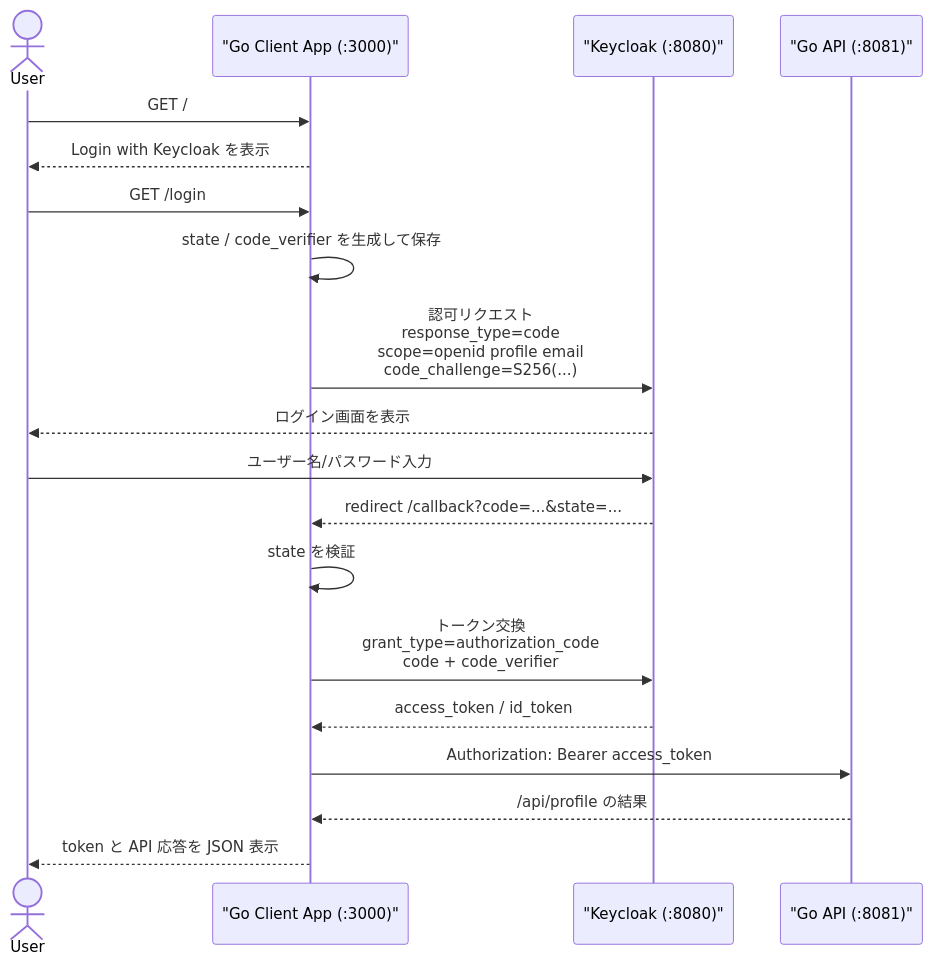
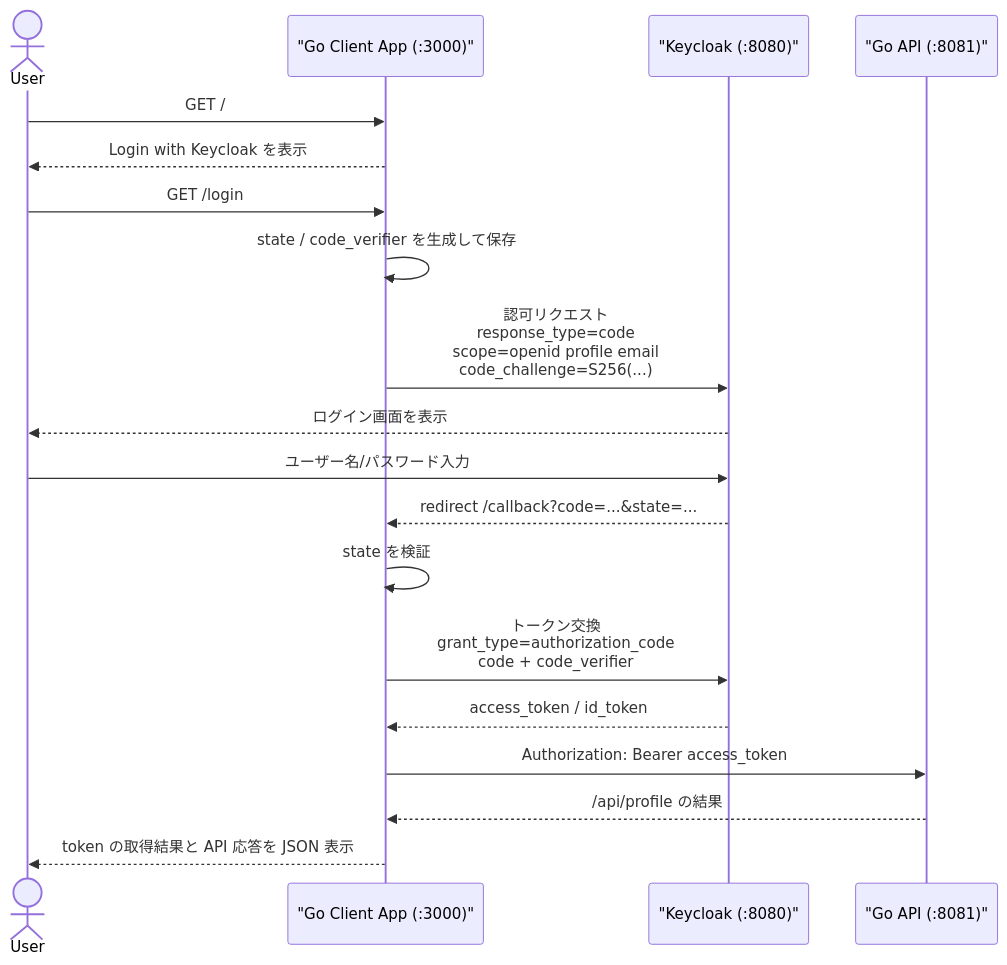
Before and after one commit to sokoide/workshop: the fourth of 4 diagrams in infra/oauth2_ja.md, drawn with Mermaid. The commit also changed other lines of this file and 29 other files, not shown here.

````diff
--- a/infra/oauth2_ja.md
+++ b/infra/oauth2_ja.md
@@ -371,22 +371,22 @@
 ```mermaid
 sequenceDiagram
     actor U as User
     participant C as "Go Client App (:3000)"
     participant K as "Keycloak (:8080)"
     participant A as "Go API (:8081)"
 
     U->>C: GET /
     C-->>U: Login with Keycloak を表示
     U->>C: GET /login
     C->>C: state / code_verifier を生成して保存
     C->>K: 認可リクエスト<br/>response_type=code<br/>scope=openid profile email<br/>code_challenge=S256(...)
     K-->>U: ログイン画面を表示
     U->>K: ユーザー名/パスワード入力
     K-->>C: redirect /callback?code=...&state=...
     C->>C: state を検証
     C->>K: トークン交換<br/>grant_type=authorization_code<br/>code + code_verifier
     K-->>C: access_token / id_token
     C->>A: Authorization: Bearer access_token
     A-->>C: /api/profile の結果
-    C-->>U: token と API 応答を JSON 表示
+    C-->>U: token の取得結果と API 応答を JSON 表示
 ```
````
